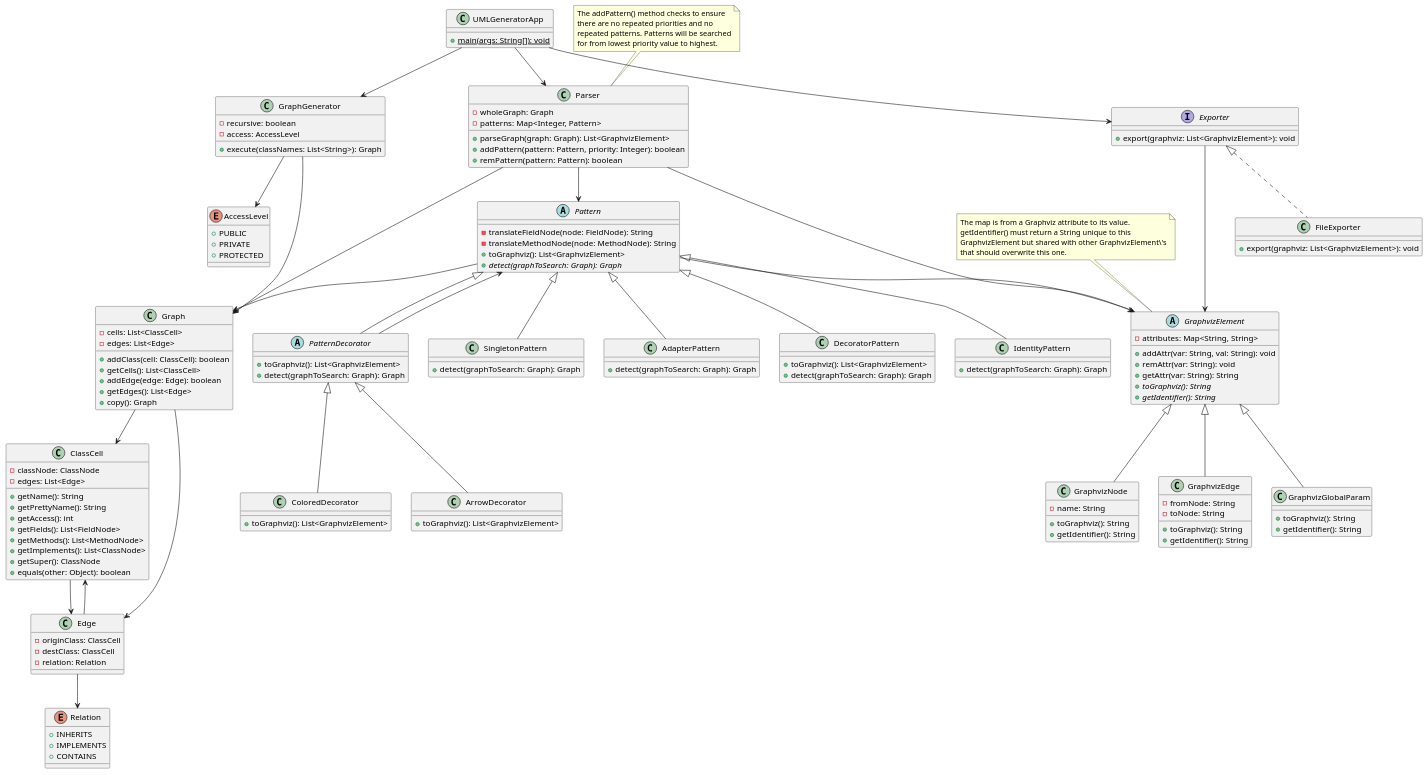
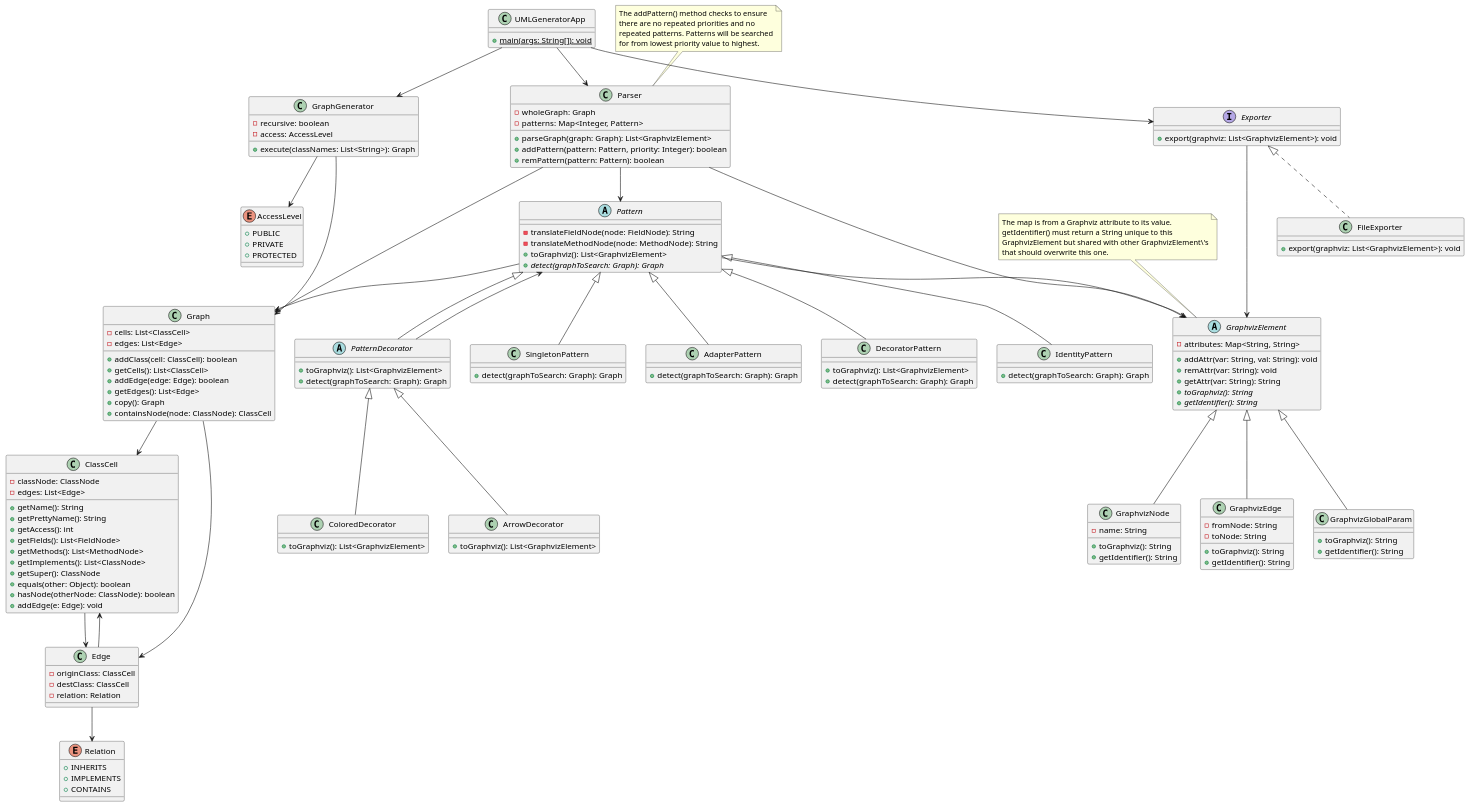
The diagram in docs/uml.puml (kgroble/uml-generator), drawn with PlantUML before and after one commit. The commit also changed 6 other files, not shown here.

```diff
--- a/docs/uml.puml
+++ b/docs/uml.puml
@@ -1,163 +1,166 @@
 @startuml
 class UMLGeneratorApp {
 + {static} main(args: String[]): void
 }
 
 class GraphGenerator {
 - recursive: boolean
 - access: AccessLevel
 + execute(classNames: List<String>): Graph
 }
 
 enum AccessLevel {
 + PUBLIC
 + PRIVATE
 + PROTECTED
 }
 
 class ClassCell {
 - classNode: ClassNode
 - edges: List<Edge>
 
 + getName(): String
 + getPrettyName(): String
 + getAccess(): int
 + getFields(): List<FieldNode>
 + getMethods(): List<MethodNode>
 + getImplements(): List<ClassNode>
 + getSuper(): ClassNode
 + equals(other: Object): boolean
++ hasNode(otherNode: ClassNode): boolean
++ addEdge(e: Edge): void
 }
 
 class Edge {
 - originClass: ClassCell
 - destClass: ClassCell
 - relation: Relation
 }
 
 class Parser {
 - wholeGraph: Graph
 - patterns: Map<Integer, Pattern>
 + parseGraph(graph: Graph): List<GraphvizElement>
 + addPattern(pattern: Pattern, priority: Integer): boolean
 + remPattern(pattern: Pattern): boolean
 }
 note top of Parser
   The addPattern() method checks to ensure
   there are no repeated priorities and no
   repeated patterns. Patterns will be searched
   for from lowest priority value to highest.
 end note
 
 class Graph {
 - cells: List<ClassCell>
 - edges: List<Edge>
 + addClass(cell: ClassCell): boolean
 + getCells(): List<ClassCell>
 + addEdge(edge: Edge): boolean
 + getEdges(): List<Edge>
 + copy(): Graph
++ containsNode(node: ClassNode): ClassCell
 }
 
 abstract class Pattern {
 - translateFieldNode(node: FieldNode): String
 - translateMethodNode(node: MethodNode): String
 + toGraphviz(): List<GraphvizElement>
 + {abstract} detect(graphToSearch: Graph): Graph
 }
 
 abstract class PatternDecorator extends Pattern {
 + toGraphviz(): List<GraphvizElement>
 + detect(graphToSearch: Graph): Graph
 }
 
 class ColoredDecorator extends PatternDecorator {
 + toGraphviz(): List<GraphvizElement>
 }
 
 class ArrowDecorator extends PatternDecorator {
 + toGraphviz(): List<GraphvizElement>
 }
 
 class SingletonPattern extends Pattern {
 + detect(graphToSearch: Graph): Graph
 }
 
 class AdapterPattern extends Pattern {
 + detect(graphToSearch: Graph): Graph
 }
 
 class DecoratorPattern extends Pattern {
 + toGraphviz(): List<GraphvizElement>
 + detect(graphToSearch: Graph): Graph
 }
 
 class IdentityPattern extends Pattern {
 + detect(graphToSearch: Graph): Graph
 }
 
 enum Relation {
 + INHERITS
 + IMPLEMENTS
 + CONTAINS
 }
 
 abstract class GraphvizElement {
 - attributes: Map<String, String>
 + addAttr(var: String, val: String): void
 + remAttr(var: String): void
 + getAttr(var: String): String
 + {abstract} toGraphviz(): String
 + {abstract} getIdentifier(): String
 }
 note top of GraphvizElement
   The map is from a Graphviz attribute to its value.
   getIdentifier() must return a String unique to this
   GraphvizElement but shared with other GraphvizElement\'s
   that should overwrite this one.
 end note
 
 class GraphvizNode extends GraphvizElement {
 - name: String
 + toGraphviz(): String
 + getIdentifier(): String
 }
 
 class GraphvizEdge extends GraphvizElement {
 - fromNode: String
 - toNode: String
 + toGraphviz(): String
 + getIdentifier(): String
 }
 
 class GraphvizGlobalParam extends GraphvizElement {
 + toGraphviz(): String
 + getIdentifier(): String
 }
 
 interface Exporter {
 + export(graphviz: List<GraphvizElement>): void
 }
 
 class FileExporter implements Exporter {
 + export(graphviz: List<GraphvizElement>): void
 }
 
 UMLGeneratorApp --> GraphGenerator
 UMLGeneratorApp --> Parser
 UMLGeneratorApp --> Exporter
 GraphGenerator --> Graph
 GraphGenerator --> AccessLevel
 ClassCell --> Edge
 Edge --> ClassCell
 Edge --> Relation
 Parser --> Pattern
 Pattern --> Graph
 PatternDecorator --> Pattern
 Pattern --> GraphvizElement
 Graph --> ClassCell
 Graph --> Edge
 Parser --> Graph
 Parser --> GraphvizElement
 Exporter --> GraphvizElement
 @enduml
```
